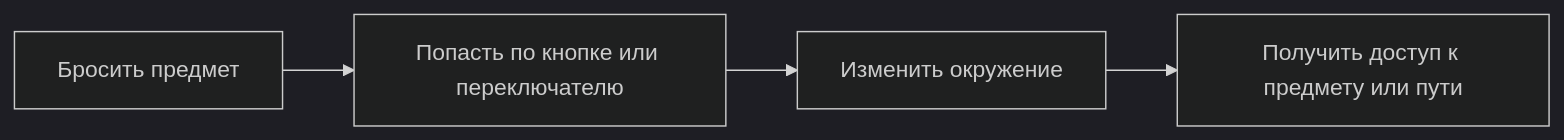
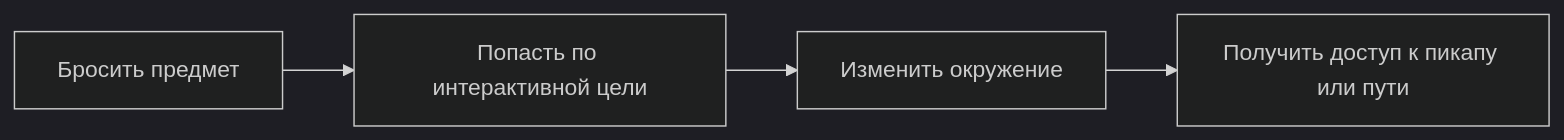
Before and after one commit to Maychensky/game-design-docs: the second of 2 diagrams in Documentation/GameDesign/Mechanics/Throwing_Items.md, drawn with Mermaid (dark theme). The commit also changed other lines of this file, not shown here.

Commit message:
docs: merge original GDD with diagrams and credit Secret Neighbor reference

````diff
--- a/Documentation/GameDesign/Mechanics/Throwing_Items.md
+++ b/Documentation/GameDesign/Mechanics/Throwing_Items.md
@@ -46,6 +108,6 @@
 ```mermaid
 flowchart LR
-    A["Бросить предмет"] --> B["Попасть по кнопке или переключателю"]
+    A["Бросить предмет"] --> B["Попасть по интерактивной цели"]
     B --> C["Изменить окружение"]
-    C --> D["Получить доступ к предмету или пути"]
+    C --> D["Получить доступ к пикапу или пути"]
 ```
````
